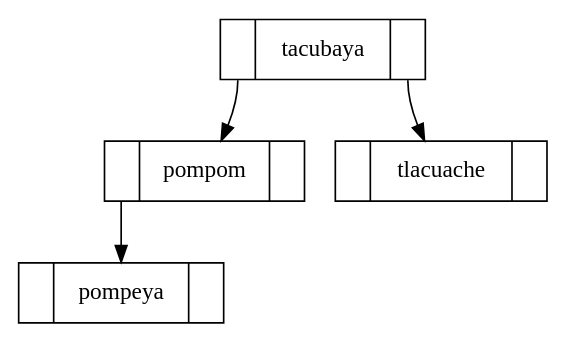
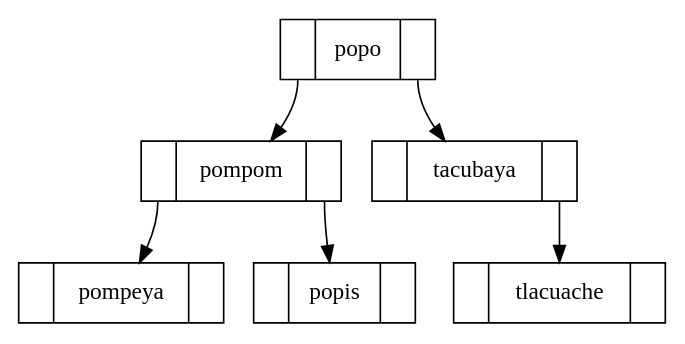
Before and after one commit to carlostex98/Block-Lib: the diagram in avl.dot, drawn with Graphviz. The commit also changed 16 other files, not shown here.

```diff
--- a/avl.dot
+++ b/avl.dot
@@ -1,12 +1,16 @@
 digraph sls{
 node [shape=record];
+popo[label="<C0>|popo|<C1> " ]; 
 tacubaya[label="<C0>|tacubaya|<C1> " ]; 
 tlacuache[label="<C0>|tlacuache|<C1> " ]; 
 pompom[label="<C0>|pompom|<C1> " ]; 
+popis[label="<C0>|popis|<C1> " ]; 
 pompeya[label="<C0>|pompeya|<C1> " ]; 
 
+popo:C1->tacubaya; 
+popo:C0->pompom; 
+pompom:C1->popis; 
+pompom:C0->pompeya; 
 tacubaya:C1->tlacuache; 
-tacubaya:C0->pompom; 
-pompom:C0->pompeya; 
 
 }
```
